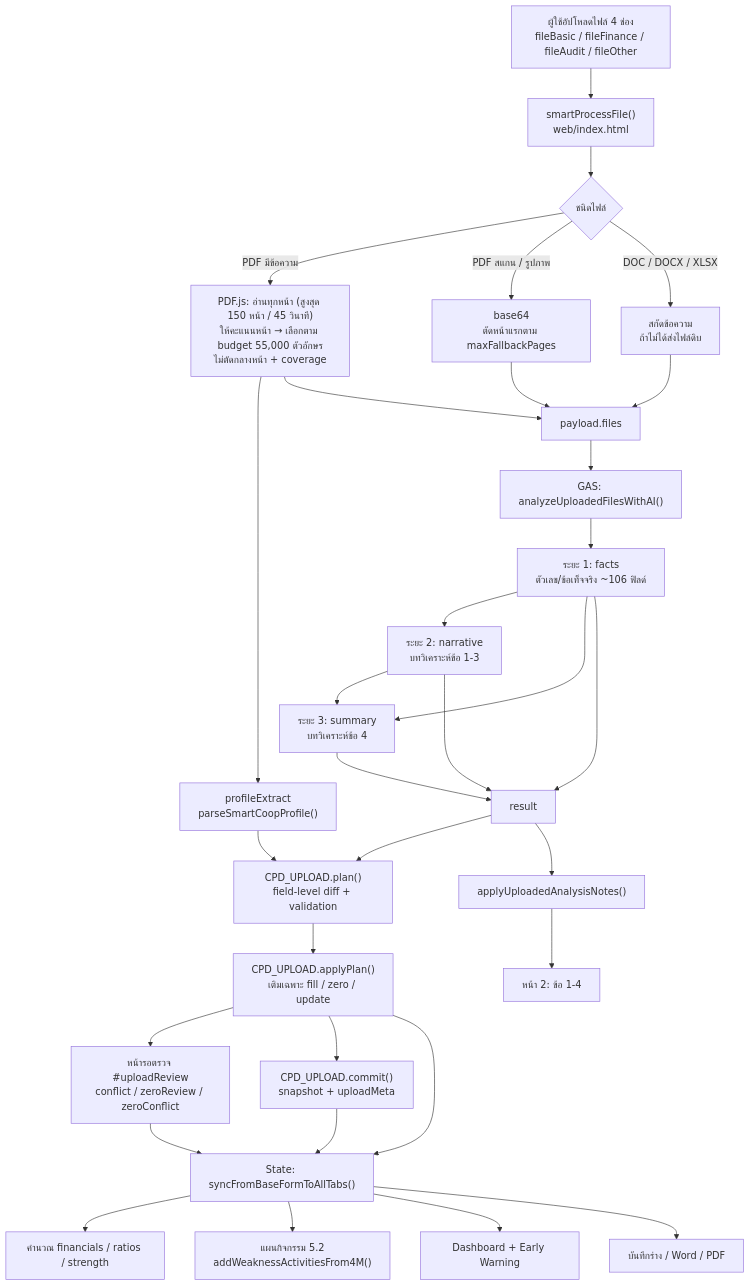
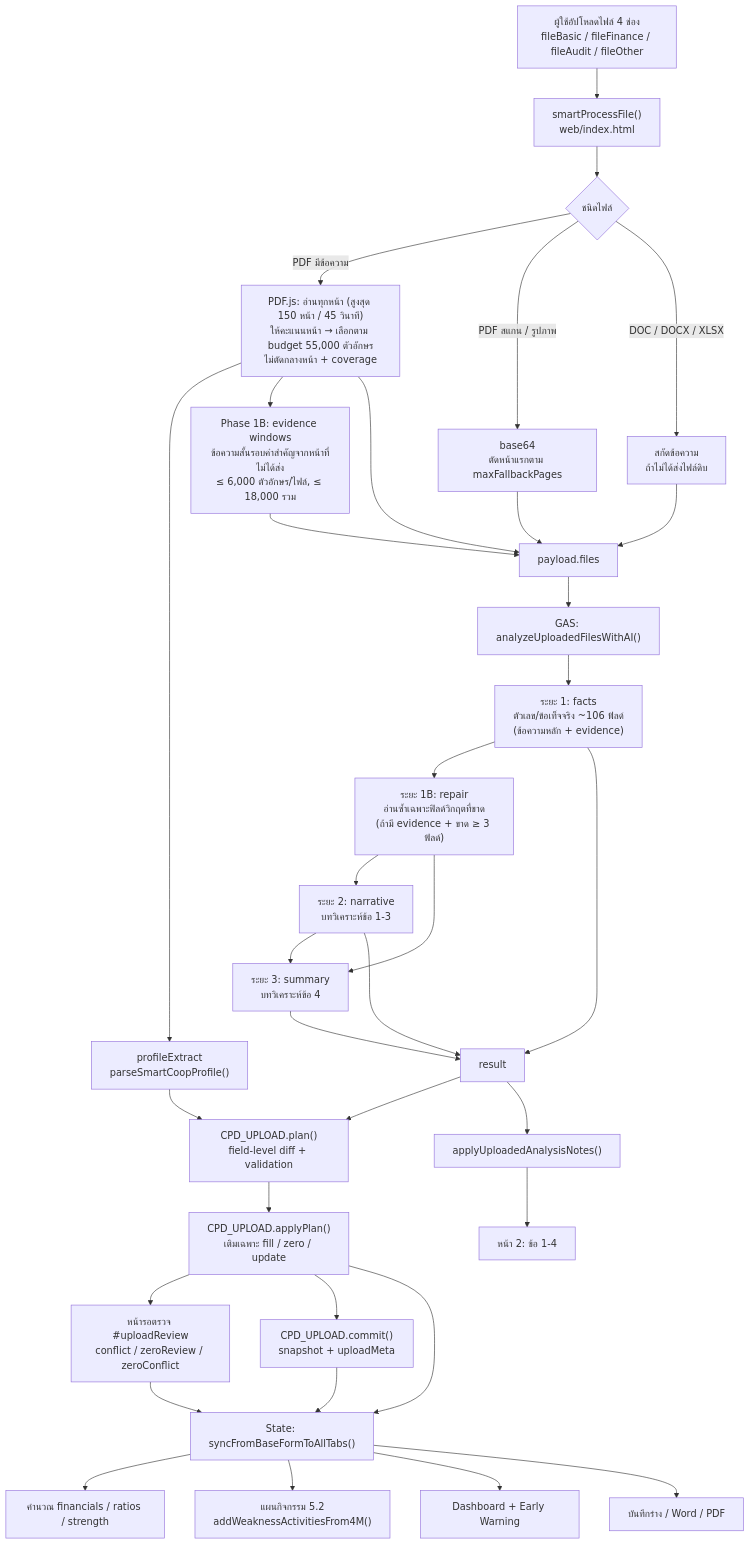
The diagram in docs/upload-data-flow.md (supakritkhawthong-lab/cps-promotion-plan-2570), drawn with Mermaid before and after one commit. The commit also changed other lines of this file and 7 other files, not shown here.

Commit message:
feat(upload): add evidence windows and targeted fact repair (Phase 1B)

````diff
--- a/docs/upload-data-flow.md
+++ b/docs/upload-data-flow.md
@@ -14,34 +14,37 @@
 ```mermaid
 flowchart TD
     A["ผู้ใช้อัปโหลดไฟล์ 4 ช่อง<br/>fileBasic / fileFinance / fileAudit / fileOther"] --> B["smartProcessFile()<br/>web/index.html"]
     B --> C{"ชนิดไฟล์"}
     C -->|"PDF มีข้อความ"| D["PDF.js: อ่านทุกหน้า (สูงสุด 150 หน้า / 45 วินาที)<br/>ให้คะแนนหน้า → เลือกตาม budget 55,000 ตัวอักษร<br/>ไม่ตัดกลางหน้า + coverage"]
     C -->|"PDF สแกน / รูปภาพ"| E["base64<br/>ตัดหน้าแรกตาม maxFallbackPages"]
     C -->|"DOC / DOCX / XLSX"| F["สกัดข้อความ<br/>ถ้าไม่ได้ส่งไฟล์ดิบ"]
     D --> G["profileExtract<br/>parseSmartCoopProfile()"]
+    D --> D2["Phase 1B: evidence windows<br/>ข้อความสั้นรอบคำสำคัญจากหน้าที่ไม่ได้ส่ง<br/>≤ 6,000 ตัวอักษร/ไฟล์, ≤ 18,000 รวม"]
     D --> H["payload.files"]
+    D2 --> H
     E --> H
     F --> H
     H --> I["GAS: analyzeUploadedFilesWithAI()"]
-    I --> J["ระยะ 1: facts<br/>ตัวเลข/ข้อเท็จจริง ~106 ฟิลด์"]
-    J --> K["ระยะ 2: narrative<br/>บทวิเคราะห์ข้อ 1-3"]
-    J --> L["ระยะ 3: summary<br/>บทวิเคราะห์ข้อ 4"]
+    I --> J["ระยะ 1: facts<br/>ตัวเลข/ข้อเท็จจริง ~106 ฟิลด์<br/>(ข้อความหลัก + evidence)"]
+    J --> J2["ระยะ 1B: repair<br/>อ่านซ้ำเฉพาะฟิลด์วิกฤตที่ขาด<br/>(ถ้ามี evidence + ขาด ≥ 3 ฟิลด์)"]
+    J2 --> K["ระยะ 2: narrative<br/>บทวิเคราะห์ข้อ 1-3"]
+    J2 --> L["ระยะ 3: summary<br/>บทวิเคราะห์ข้อ 4"]
     K --> L
     J --> M["result"]
     K --> M
     L --> M
     M --> N["CPD_UPLOAD.plan()<br/>field-level diff + validation"]
     G --> N
     N --> N2["CPD_UPLOAD.applyPlan()<br/>เติมเฉพาะ fill / zero / update"]
     N2 --> N3["หน้ารอตรวจ #uploadReview<br/>conflict / zeroReview / zeroConflict"]
     N2 --> N4["CPD_UPLOAD.commit()<br/>snapshot + uploadMeta"]
     N2 --> O["State: syncFromBaseFormToAllTabs()"]
     N3 --> O
     N4 --> O
     O --> P["คำนวณ financials / ratios / strength"]
     M --> Q["applyUploadedAnalysisNotes()"]
     Q --> R["หน้า 2: ข้อ 1-4"]
     O --> S["แผนกิจกรรม 5.2<br/>addWeaknessActivitiesFrom4M()"]
     O --> T["Dashboard + Early Warning"]
     O --> U["บันทึกร่าง / Word / PDF"]
 ```
````
